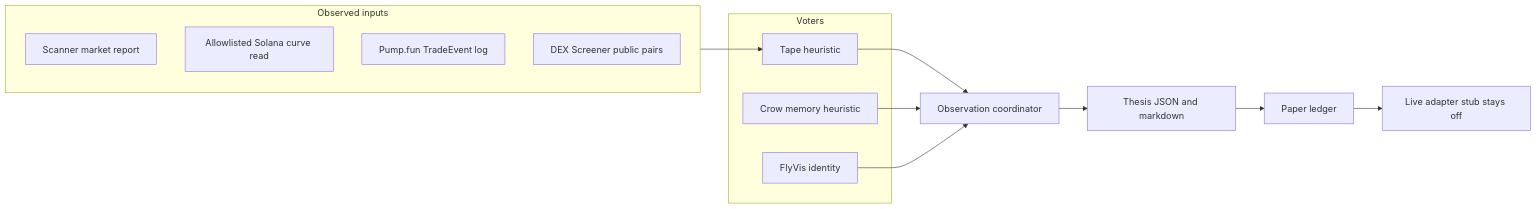
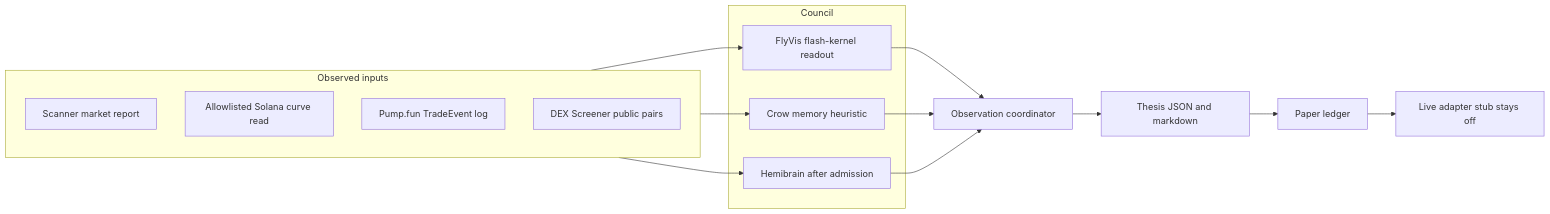
The diagram in docs/giant-brain.md (BuildWithAAI/buildwithAAI), drawn with Mermaid before and after one commit. The commit also changed other lines of this file, not shown here.

Commit message:
Correct the giant-brain diagram now that FlyVis votes
The flash-kernel readout supplies a numeric council vote. The coordinator research signal still abstains when crow or hemibrain has no number.

````diff
--- a/docs/giant-brain.md
+++ b/docs/giant-brain.md
@@ -5,21 +5,23 @@
 ```mermaid
 flowchart LR
   subgraph sources [Observed inputs]
     Scanner[Scanner market report]
     Curve[Allowlisted Solana curve read]
     Pump[Pump.fun TradeEvent log]
     Dex[DEX Screener public pairs]
   end
-  subgraph brains [Voters]
-    Tape[Tape heuristic]
+  subgraph brains [Council]
+    Fly[FlyVis flash-kernel readout]
     Crow[Crow memory heuristic]
-    Fly[FlyVis identity]
+    Hemi[Hemibrain after admission]
   end
-  sources --> Tape
-  Tape --> Round[Observation coordinator]
+  sources --> Fly
+  sources --> Crow
+  sources --> Hemi
+  Fly --> Round[Observation coordinator]
   Crow --> Round
-  Fly --> Round
+  Hemi --> Round
   Round --> Thesis[Thesis JSON and markdown]
   Thesis --> PaperBook[Paper ledger]
   PaperBook --> LiveStub[Live adapter stub stays off]
 ```
````
